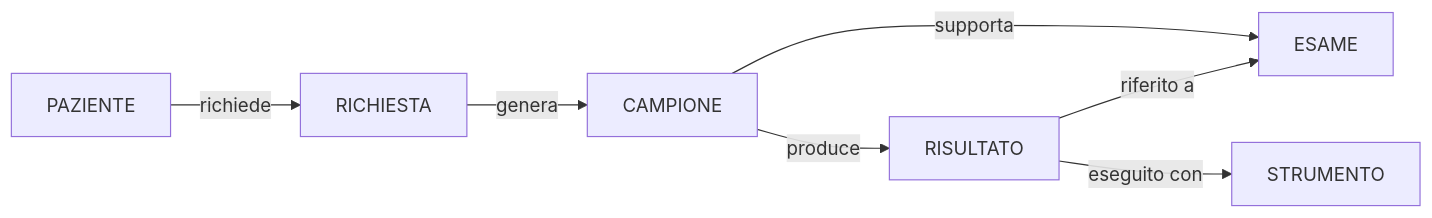
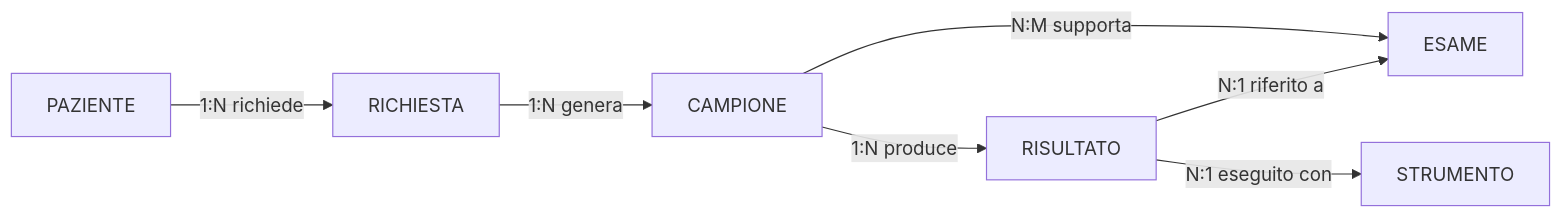
The second of 4 diagrams in 08-progettazione-er/esercizi/02-esercizio-laboratorio-analisi.md (lucadagati/Lab_Fondamenti_di_Informatica_25_26), drawn with Mermaid before and after one commit. The commit also changed other lines of this file and 60 other files, not shown here.

Commit message:
Add Chen ER step-by-step draw.io diagrams and fix layout

````diff
--- a/08-progettazione-er/esercizi/02-esercizio-laboratorio-analisi.md
+++ b/08-progettazione-er/esercizi/02-esercizio-laboratorio-analisi.md
@@ -72,9 +72,9 @@
 ```mermaid
 flowchart LR
-    P[PAZIENTE] -->|richiede| R[RICHIESTA]
-    R -->|genera| C[CAMPIONE]
-    C -->|supporta| E[ESAME]
-    C -->|produce| RS[RISULTATO]
-    RS -->|riferito a| E
-    RS -->|eseguito con| ST[STRUMENTO]
+    P[PAZIENTE] -->|1:N richiede| R[RICHIESTA]
+    R -->|1:N genera| C[CAMPIONE]
+    C -->|N:M supporta| E[ESAME]
+    C -->|1:N produce| RS[RISULTATO]
+    RS -->|N:1 riferito a| E
+    RS -->|N:1 eseguito con| ST[STRUMENTO]
 ```
````
